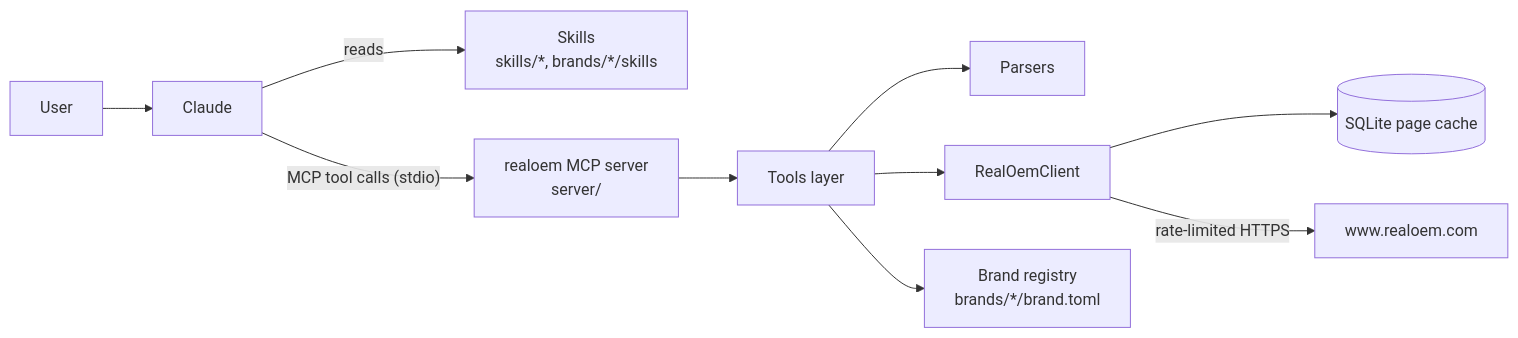
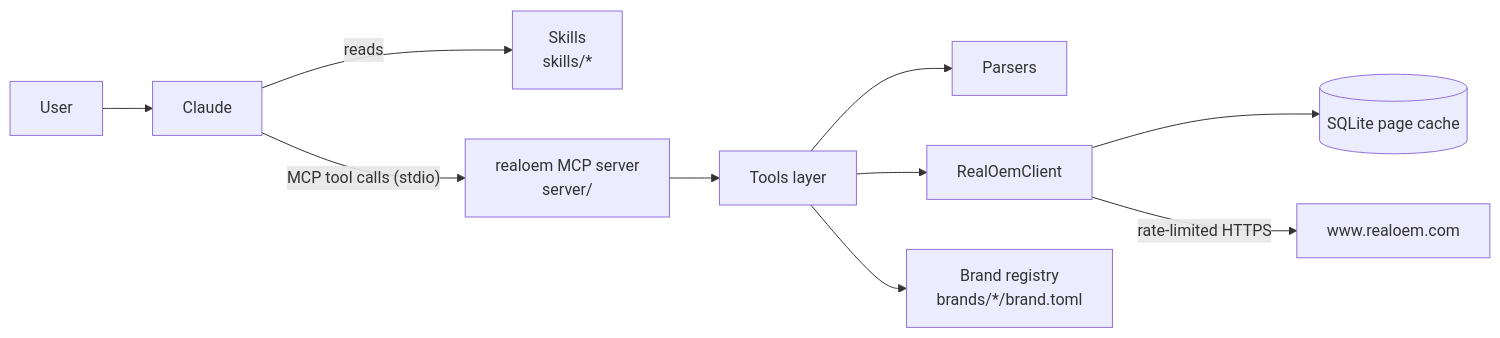
One commit to Cadtastic/RealOEM-Searcher changed the diagram in docs/ARD.md. Above: the diagram before and after it, drawn with Mermaid. The commit also changed other lines of this file and 16 other files, not shown here.

````diff
--- a/docs/ARD.md
+++ b/docs/ARD.md
@@ -19,12 +19,12 @@
 ```mermaid
 flowchart LR
     U[User] --> C[Claude]
-    C -- reads --> S[Skills<br/>skills/*, brands/*/skills]
+    C -- reads --> S[Skills<br/>skills/*]
     C -- MCP tool calls (stdio) --> M[realoem MCP server<br/>server/]
     M --> T[Tools layer]
     T --> P[Parsers]
     T --> H[RealOemClient]
     H --> K[(SQLite page cache)]
     H -- rate-limited HTTPS --> R[www.realoem.com]
     T --> B[Brand registry<br/>brands/*/brand.toml]
 ```
````
